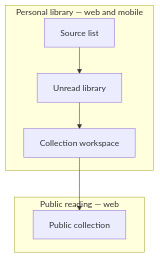
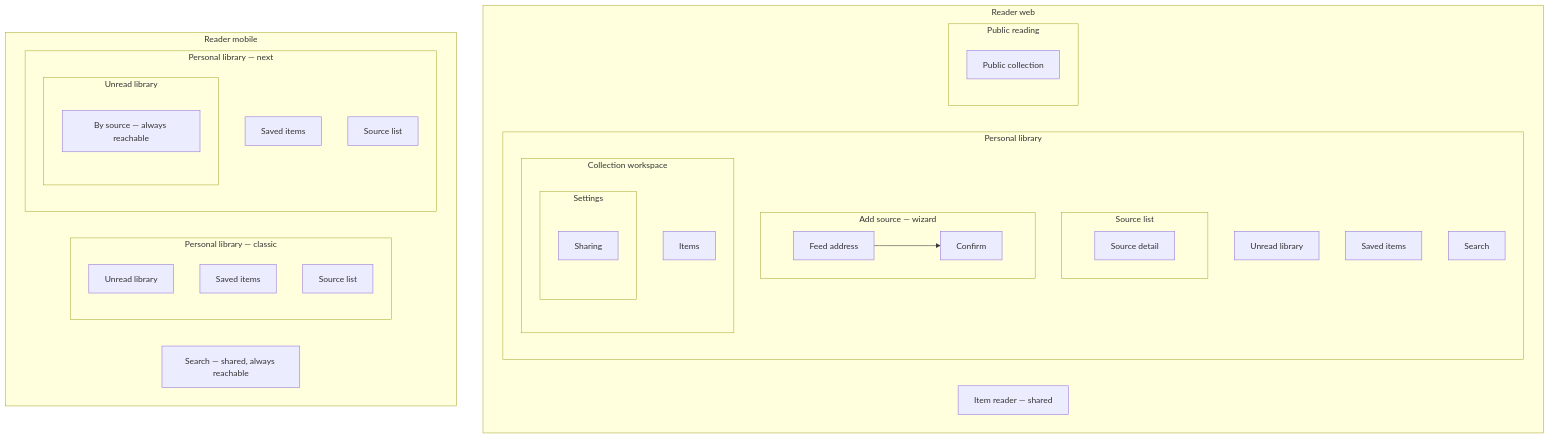
One commit to businesslens/pdd changed the diagram in blueprints/content-feed-reader/references/screen-map.md. Above: the diagram before and after it, drawn with Mermaid. The commit also changed other lines of this file and 154 other files, not shown here.

````diff
--- a/blueprints/content-feed-reader/references/screen-map.md
+++ b/blueprints/content-feed-reader/references/screen-map.md
@@ -7,16 +7,42 @@
 ```mermaid
 flowchart TD
-  subgraph library[Personal library — web and mobile]
-    sources[Source list]
-    unread[Unread library]
-    collections[Collection workspace]
+  subgraph web[Reader web]
+    reader[Item reader — shared]
+    subgraph library[Personal library]
+      unread[Unread library]
+      saved[Saved items]
+      search[Search]
+      subgraph sources[Source list]
+        detail[Source detail]
+      end
+      subgraph add[Add source — wizard]
+        address[Feed address] --> confirm[Confirm]
+      end
+      subgraph workspace[Collection workspace]
+        items[Items]
+        subgraph settings[Settings]
+          sharing[Sharing]
+        end
+      end
+    end
+    subgraph public[Public reading]
+      shared[Public collection]
+    end
   end
 
-  subgraph public[Public reading — web]
-    shared[Public collection]
+  subgraph mobile[Reader mobile]
+    msearch[Search — shared, always reachable]
+    subgraph classic[Personal library — classic]
+      cunread[Unread library]
+      csaved[Saved items]
+      csources[Source list]
+    end
+    subgraph next[Personal library — next]
+      subgraph nunread[Unread library]
+        bysource[By source — always reachable]
+      end
+      nsaved[Saved items]
+      nsources[Source list]
+    end
   end
-
-  sources --> unread
-  unread --> collections
-  collections --> shared
 ```
````
